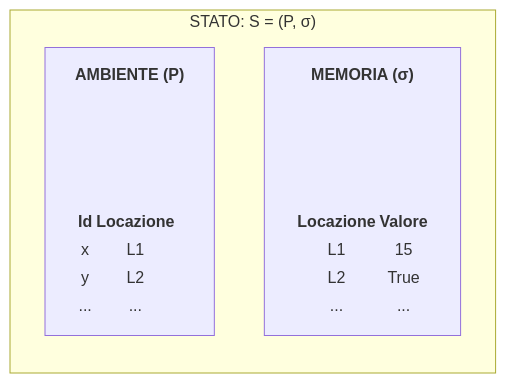
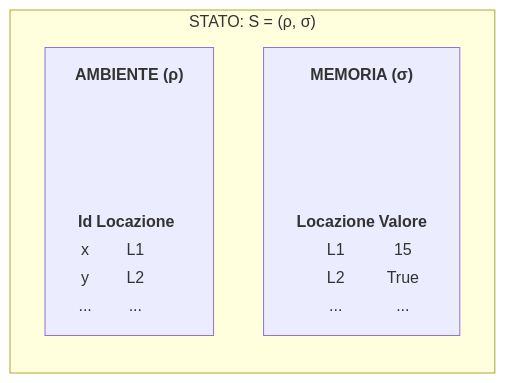
One commit to dennyb87/informatica-unipi changed the first of 2 diagrams in anno_1/programmazione_e_algoritmica/24-09-2026_ambiente_memoria_e_condizionali.md. Above: the diagram before and after it, drawn with Mermaid. The commit also changed other lines of this file, not shown here.

Commit message:
rho-sigma names

````diff
--- a/anno_1/programmazione_e_algoritmica/24-09-2026_ambiente_memoria_e_condizionali.md
+++ b/anno_1/programmazione_e_algoritmica/24-09-2026_ambiente_memoria_e_condizionali.md
@@ -49,20 +49,20 @@
 ```mermaid
 graph LR
-    subgraph STATO ["STATO: S = (P, σ)"]
-        AMB["<b>AMBIENTE (P)</b>
+    subgraph STATO ["STATO: S = (ρ, σ)"]
+        AMB["<b>AMBIENTE (ρ)</b>
         <table>
             <tr><th>Id</th><th>Locazione</th></tr>
             <tr><td>x</td><td>L1</td></tr>
             <tr><td>y</td><td>L2</td></tr>
             <tr><td>...</td><td>...</td></tr>
         </table>"]
 
         MEM["<b>MEMORIA (σ)</b>
         <table>
             <tr><th>Locazione</th><th>Valore</th></tr>
             <tr><td>L1</td><td>15</td></tr>
             <tr><td>L2</td><td>True</td></tr>
             <tr><td>...</td><td>...</td></tr>
         </table>"]
     end
 ```
````
